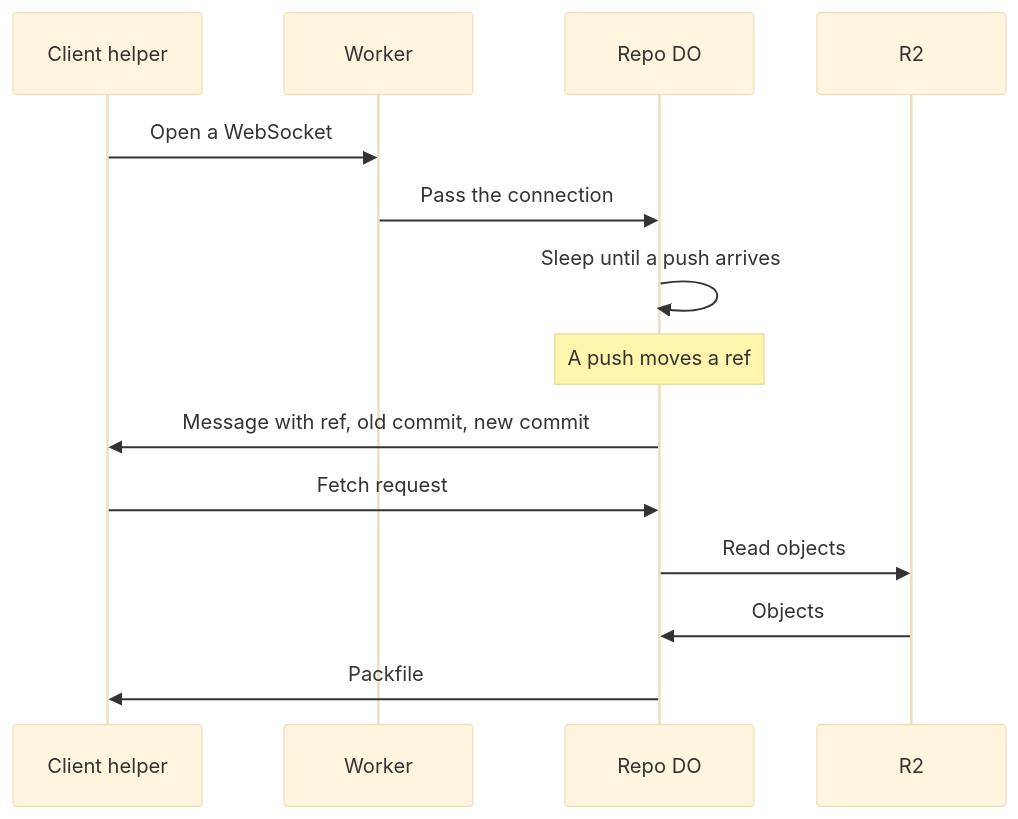
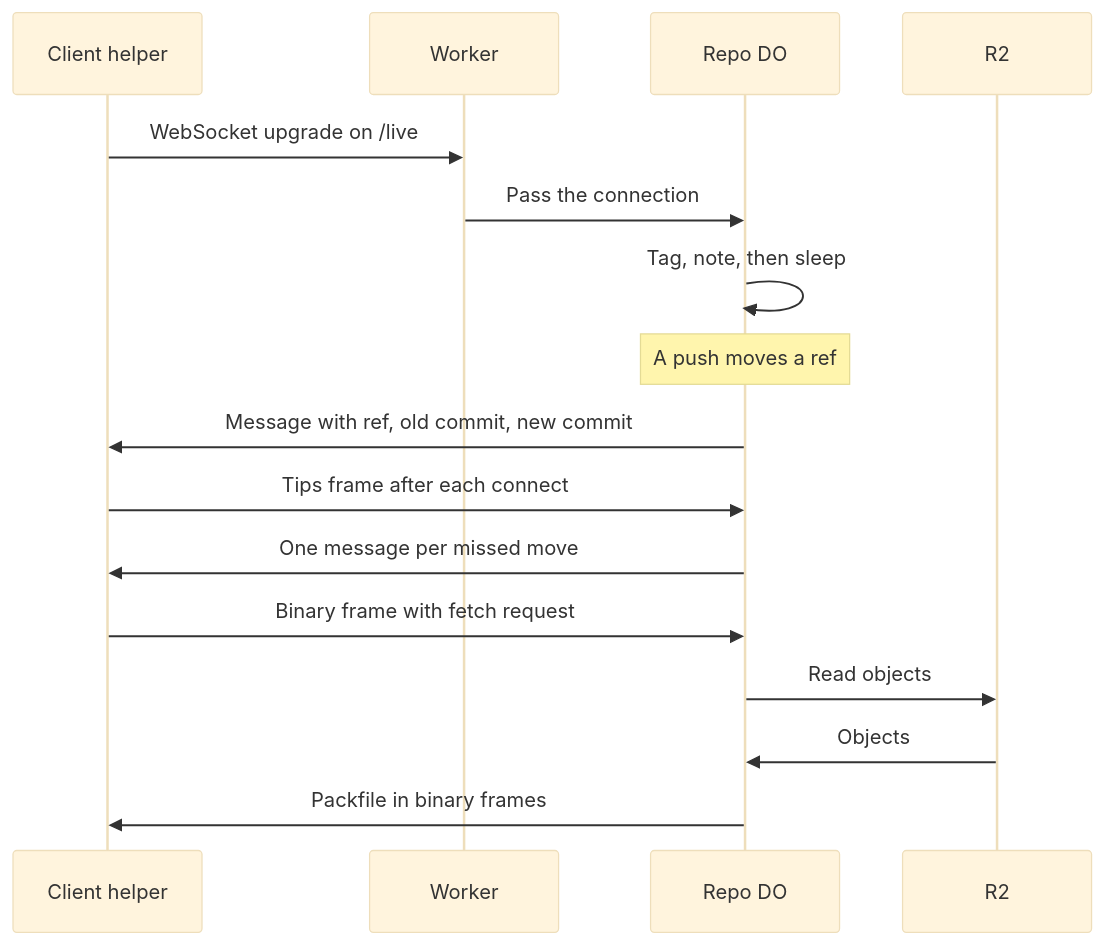
The diagram in plain/live-fetch-websocket.md (idl3/git-edge), drawn with Mermaid (base theme) before and after one commit. The commit also changed other lines of this file and 65 other files, not shown here.

````diff
--- a/plain/live-fetch-websocket.md
+++ b/plain/live-fetch-websocket.md
@@ -33,16 +37,18 @@
 ```mermaid
 sequenceDiagram
     participant C as Client helper
     participant W as Worker
     participant D as Repo DO
     participant R as R2
-    C->>W: Open a WebSocket
+    C->>W: WebSocket upgrade on /live
     W->>D: Pass the connection
-    D->>D: Sleep until a push arrives
+    D->>D: Tag, note, then sleep
     Note over D: A push moves a ref
     D->>C: Message with ref, old commit, new commit
-    C->>D: Fetch request
+    C->>D: Tips frame after each connect
+    D->>C: One message per missed move
+    C->>D: Binary frame with fetch request
     D->>R: Read objects
     R->>D: Objects
-    D->>C: Packfile
+    D->>C: Packfile in binary frames
 ```
````
